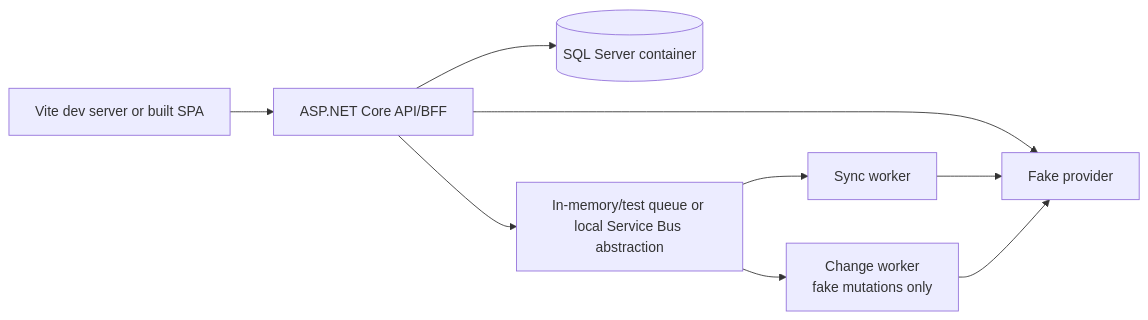
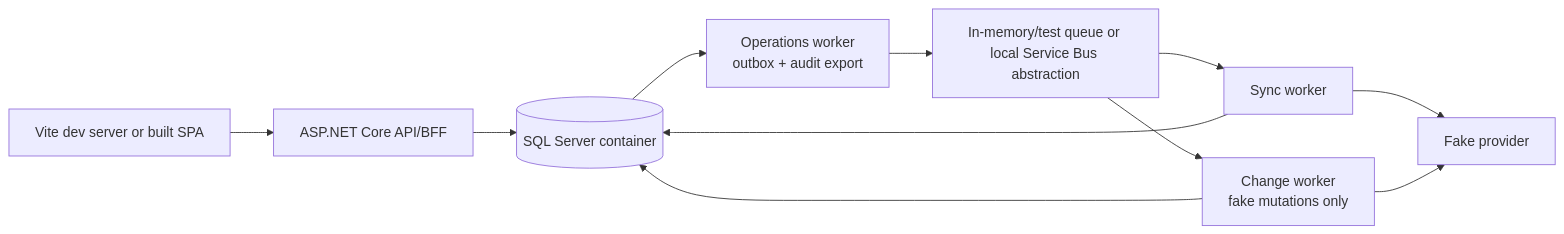
Before and after one commit to Funnybeer123/AdoPermissions: the diagram in docs/LOCAL-DEVELOPMENT.md, drawn with Mermaid. The commit also changed other lines of this file and 18 other files, not shown here.

````diff
--- a/docs/LOCAL-DEVELOPMENT.md
+++ b/docs/LOCAL-DEVELOPMENT.md
@@ -149,11 +149,13 @@
 ```mermaid
 flowchart LR
     WEB[Vite dev server or built SPA] --> API[ASP.NET Core API/BFF]
     API --> SQL[(SQL Server container)]
-    API --> FAKE[Fake provider]
-    API --> BUS[In-memory/test queue or local Service Bus abstraction]
+    SQL --> OPS[Operations worker<br/>outbox + audit export]
+    OPS --> BUS[In-memory/test queue or local Service Bus abstraction]
     BUS --> SYNC[Sync worker]
     BUS --> CHANGE[Change worker<br/>fake mutations only]
-    SYNC --> FAKE
+    SYNC --> FAKE[Fake provider]
     CHANGE --> FAKE
+    SYNC --> SQL
+    CHANGE --> SQL
 ```
````
